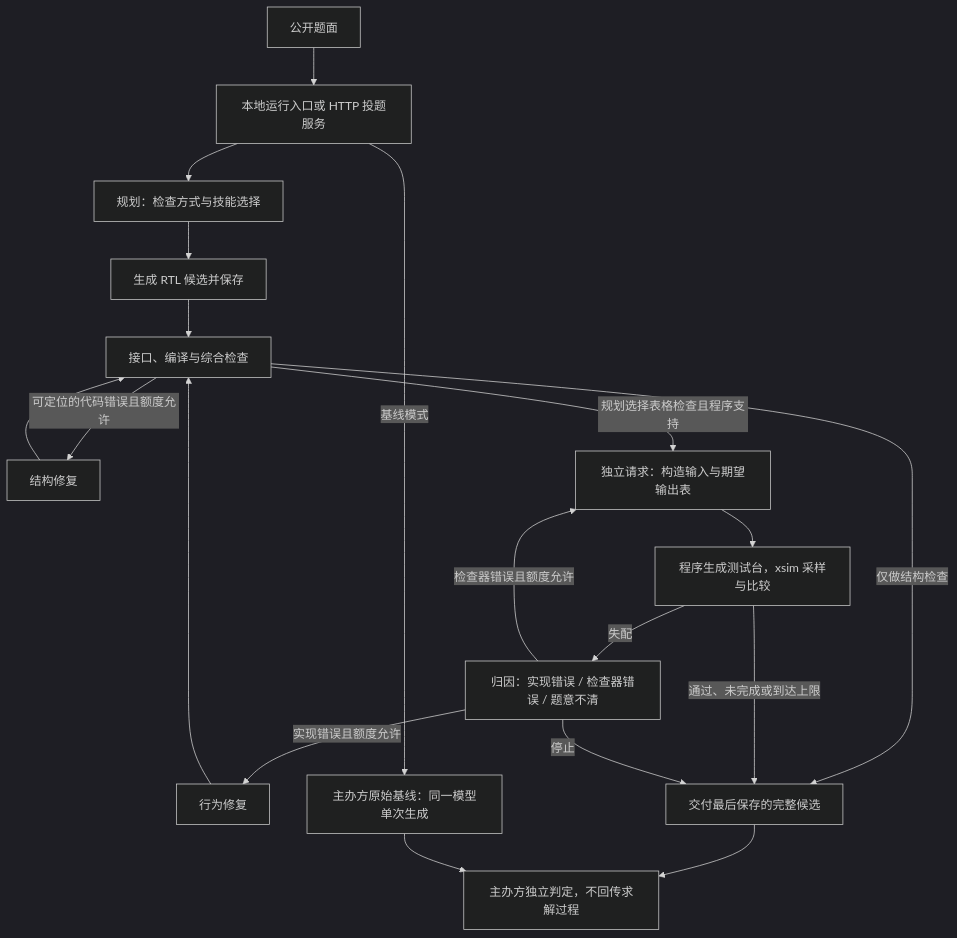
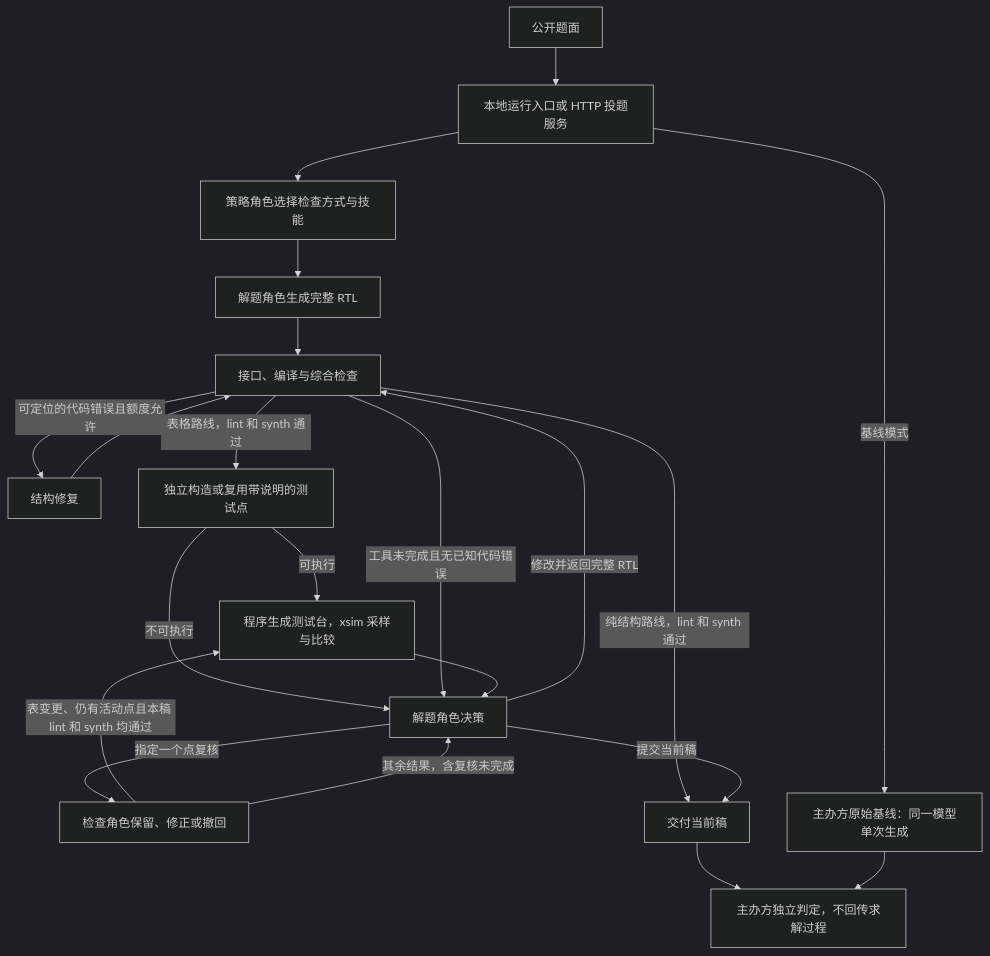
One commit to gugugu531/43240_rtlagent changed the diagram in REPORT.md. Above: the diagram before and after it, drawn with Mermaid (dark theme). The commit also changed other lines of this file and 51 other files, not shown here.

````diff
--- a/REPORT.md
+++ b/REPORT.md
@@ -22,21 +22,23 @@
 ```mermaid
 flowchart TD
     I[公开题面] --> E[本地运行入口或 HTTP 投题服务]
-    E --> P[规划：检查方式与技能选择]
-    P --> G[生成 RTL 候选并保存]
+    E --> P[策略角色选择检查方式与技能]
+    P --> G[解题角色生成完整 RTL]
     G --> S[接口、编译与综合检查]
     S -->|可定位的代码错误且额度允许| R[结构修复]
     R --> S
-    S -->|规划选择表格检查且程序支持| C[独立请求：构造输入与期望输出表]
-    C --> T[程序生成测试台，xsim 采样与比较]
-    T -->|失配| A[归因：实现错误 / 检查器错误 / 题意不清]
-    A -->|实现错误且额度允许| B[行为修复]
-    B --> S
-    A -->|检查器错误且额度允许| C
-    S -->|仅做结构检查| O[交付最后保存的完整候选]
-    T -->|通过、未完成或到达上限| O
-    A -->|停止| O
+    S -->|表格路线，lint 和 synth 通过| C[独立构造或复用带说明的测试点]
+    C -->|可执行| T[程序生成测试台，xsim 采样与比较]
+    C -->|不可执行| A[解题角色决策]
+    S -->|工具未完成且无已知代码错误| A
+    T --> A
+    A -->|修改并返回完整 RTL| S
+    A -->|指定一个点复核| V[检查角色保留、修正或撤回]
+    V -->|表变更、仍有活动点且本稿 lint 和 synth 均通过| T
+    V -->|其余结果，含复核未完成| A
+    S -->|纯结构路线，lint 和 synth 通过| O[交付当前稿]
+    A -->|提交当前稿| O
     O --> J[主办方独立判定，不回传求解过程]
     E -->|基线模式| BL[主办方原始基线：同一模型单次生成]
     BL --> J
 ```
````
